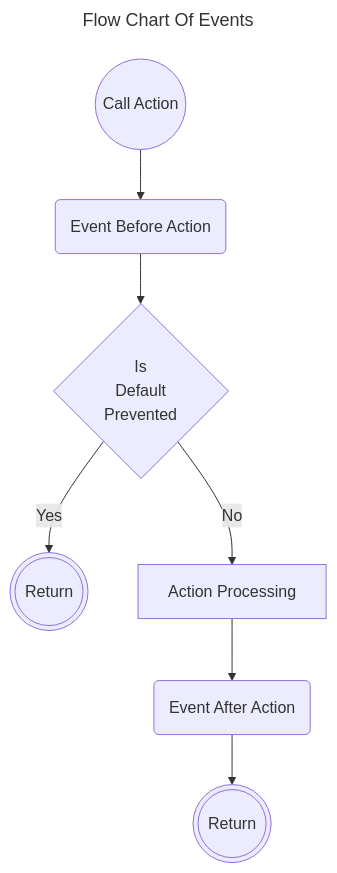
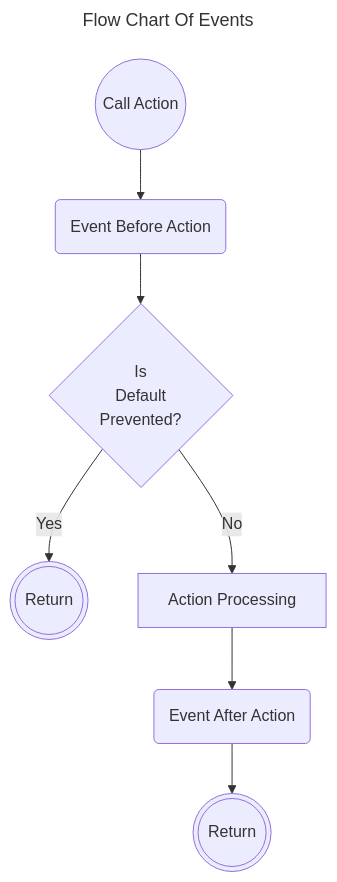
The diagram in docs/traits/events.md (yiisoft/active-record), drawn with Mermaid before and after one commit.

Commit message:
Add a question mark

````diff
--- a/docs/traits/events.md
+++ b/docs/traits/events.md
@@ -5,13 +5,13 @@
 ```mermaid
 ---
 title: Flow Chart Of Events
 ---
 flowchart TD
     Start((Call Action))
     Start --> Before(Event Before Action)
-    Before --> DefaultPrevented{Is<br>Default<br>Prevented}
+    Before --> DefaultPrevented{Is<br>Default<br>Prevented?}
     DefaultPrevented -- Yes --> Return(((Return)))
     DefaultPrevented -- No --> Action[Action Processing]
     Action --> After(Event After Action)
     After --> Finish(((Return)))
 ```
````
